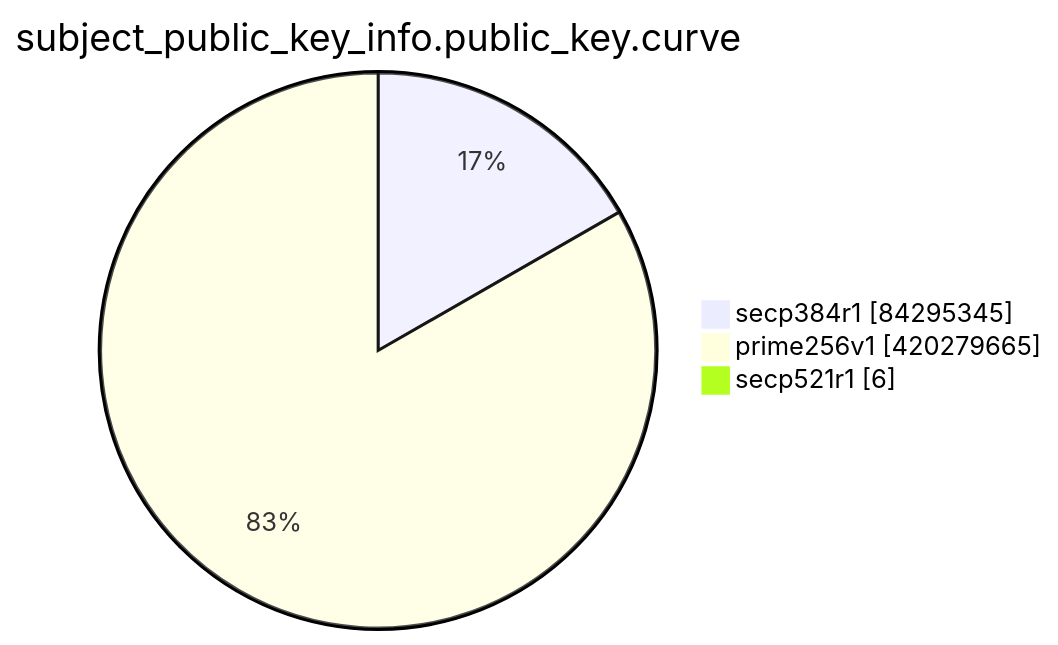
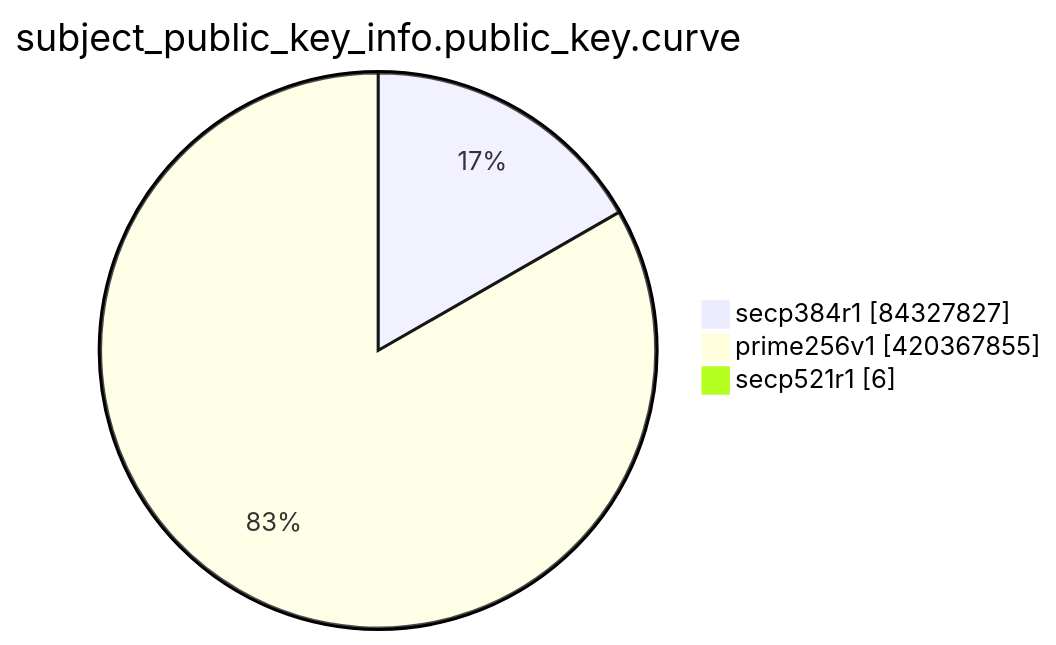
One commit to christiankrug/ctmonitor_visualization changed the eighth of 15 diagrams in TOTAL/README.md. Above: the diagram before and after it, drawn with Mermaid. The commit also changed other lines of this file, not shown here.

````diff
--- a/TOTAL/README.md
+++ b/TOTAL/README.md
@@ -3099,7 +3099,7 @@
 ```mermaid
 pie showData
 title subject_public_key_info.public_key.curve
-"secp384r1" :84295345
-"prime256v1" :420279665
+"secp384r1" :84327827
+"prime256v1" :420367855
 "secp521r1" :6
 ```
````
